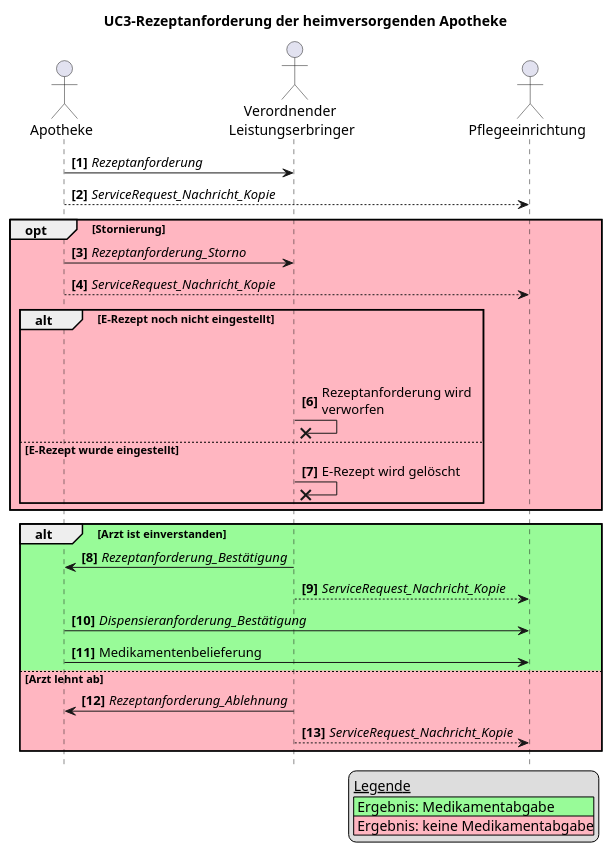
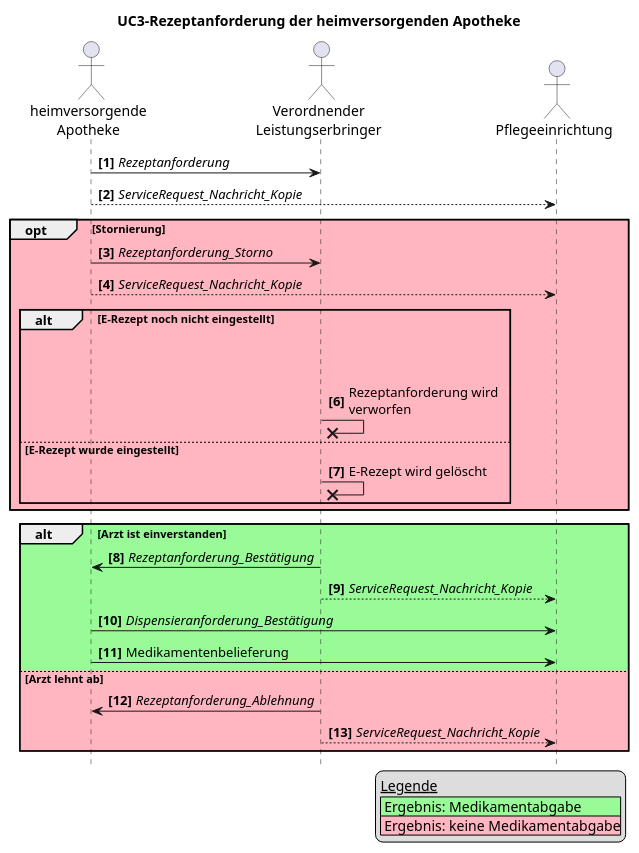
Before and after one commit to gematik/spec-E-Rezept-ServiceRequest: the diagram in input/images-source/UC3-rezeptanforderung-apotheke.plantuml, drawn with PlantUML. The commit also changed 3 other files, not shown here.

```diff
--- a/input/images-source/UC3-rezeptanforderung-apotheke.plantuml
+++ b/input/images-source/UC3-rezeptanforderung-apotheke.plantuml
@@ -1,46 +1,46 @@
 @startuml name = "UC3-Rezeptanforderung-Apotheke"
 
 
 skinparam maxMessageSize 200
 
-actor Apotheke
-actor "Verordnender \nLeistungserbringer" as Arztpraxis
+actor "heimversorgende\nApotheke" as Apotheke
+actor "Verordnender\nLeistungserbringer" as Arztpraxis
 actor "Pflegeeinrichtung" as Pflegeeinrichtung
 
 title UC3-Rezeptanforderung der heimversorgenden Apotheke
 hide footbox
 autonumber "<b>[0]"
 
 legend bottom right
     __Legende__
     |<#PaleGreen> Ergebnis: Medikamentabgabe|
     |<#LightPink> Ergebnis: keine Medikamentabgabe|
 endlegend
 
 Apotheke -> Arztpraxis: //Rezeptanforderung//
 Apotheke --> Pflegeeinrichtung: //ServiceRequest_Nachricht_Kopie//
 
 opt #LightPink Stornierung
     Apotheke -> Arztpraxis: //Rezeptanforderung_Storno//
     Apotheke --> Pflegeeinrichtung: //ServiceRequest_Nachricht_Kopie//
     alt #LightPink E-Rezept noch nicht eingestellt
     Apotheke -[hidden]-> Arztpraxis: Rezeptanforderung wird verworfen
         Arztpraxis ->x Arztpraxis: Rezeptanforderung wird verworfen
     else #LightPink E-Rezept wurde eingestellt
         Arztpraxis ->x Arztpraxis: E-Rezept wird gelöscht
     end
 end
 
 
 alt #PaleGreen Arzt ist einverstanden 
     Arztpraxis -> Apotheke: //Rezeptanforderung_Bestätigung//
     Arztpraxis --> Pflegeeinrichtung: //ServiceRequest_Nachricht_Kopie//
     Apotheke -> Pflegeeinrichtung: //Dispensieranforderung_Bestätigung//
     Apotheke -> Pflegeeinrichtung: Medikamentenbelieferung
 
 else #LightPink Arzt lehnt ab
     Arztpraxis -> Apotheke: //Rezeptanforderung_Ablehnung//
     Arztpraxis --> Pflegeeinrichtung: //ServiceRequest_Nachricht_Kopie//
 end
 
 @enduml
```
